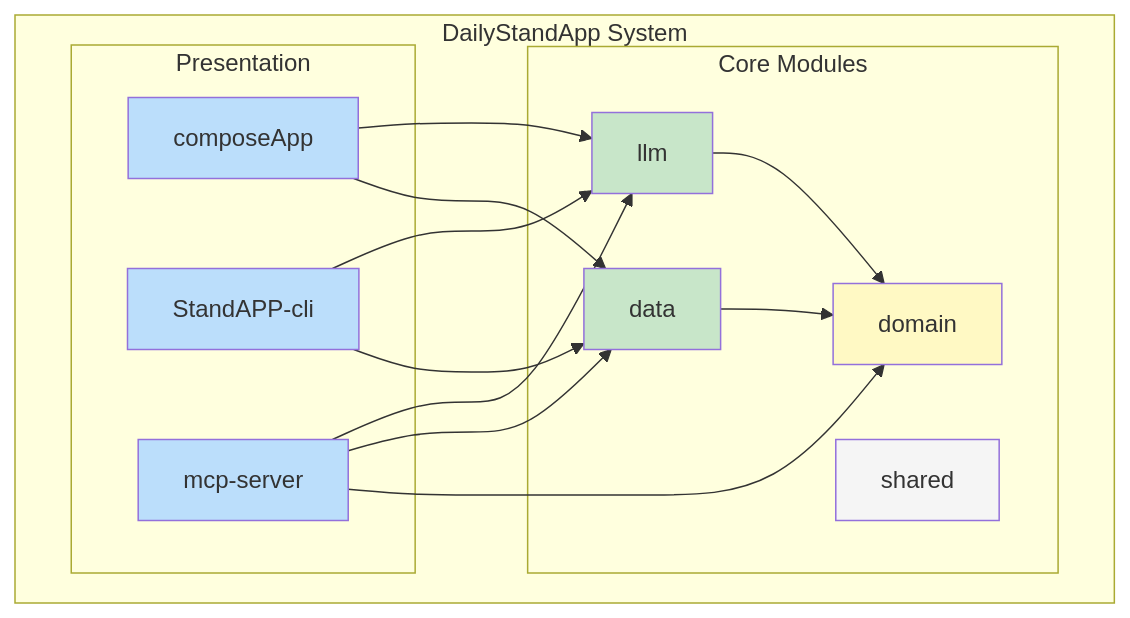
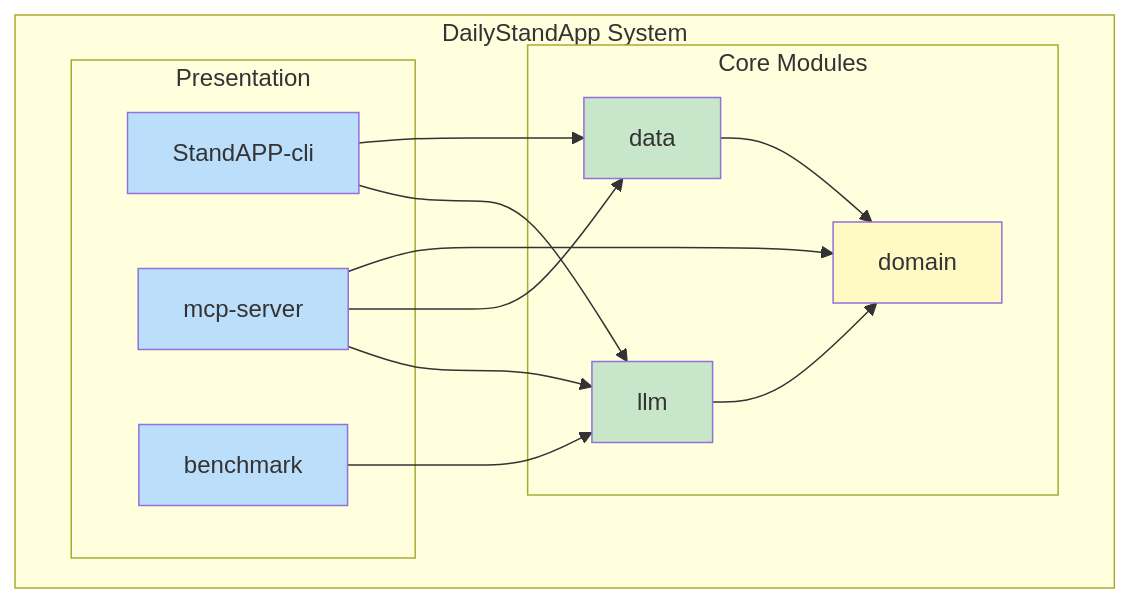
Before and after one commit to michalharakal/Daily-StandAPP: the first of 6 diagrams in docs/modules/architecture/pages/05-building-block-view.adoc, drawn with Mermaid. The commit also changed other lines of this file and 10 other files, not shown here.

First line of the commit message:
Update arc42 architecture docs to reflect current codebase

```diff
--- a/docs/modules/architecture/pages/05-building-block-view.adoc
+++ b/docs/modules/architecture/pages/05-building-block-view.adoc
@@ -8,37 +8,34 @@
 [mermaid]
 ----
 graph TB
     subgraph "DailyStandApp System"
         subgraph "Presentation"
-            COMPOSE[composeApp]
             CLI[StandAPP-cli]
             MCPS[mcp-server]
+            BENCH[benchmark]
         end
 
         subgraph "Core Modules"
             LLM[llm]
             DATA[data]
             DOMAIN[domain]
-            SHARED[shared]
         end
     end
 
-    COMPOSE --> LLM
-    COMPOSE --> DATA
     CLI --> LLM
     CLI --> DATA
     MCPS --> LLM
     MCPS --> DATA
     MCPS --> DOMAIN
+    BENCH --> LLM
 
     LLM --> DOMAIN
     DATA --> DOMAIN
 
-    style COMPOSE fill:#bbdefb
     style CLI fill:#bbdefb
     style MCPS fill:#bbdefb
+    style BENCH fill:#bbdefb
     style LLM fill:#c8e6c9
     style DATA fill:#c8e6c9
     style DOMAIN fill:#fff9c4
-    style SHARED fill:#f5f5f5
 ----
```
